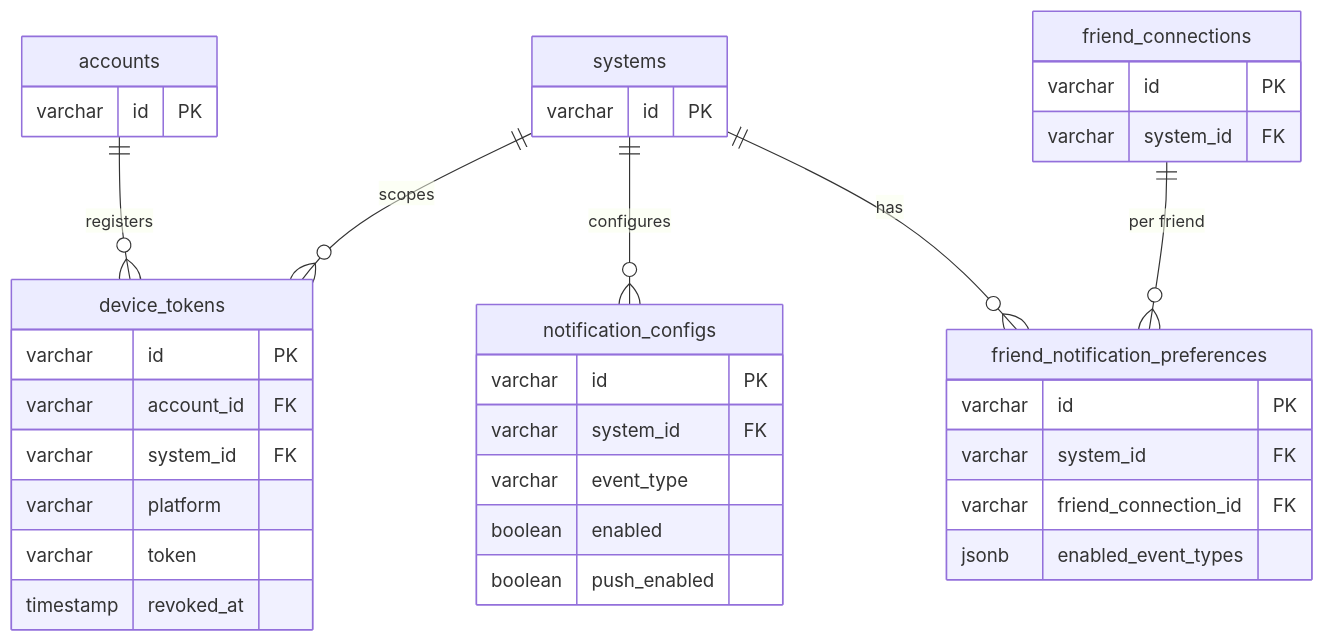
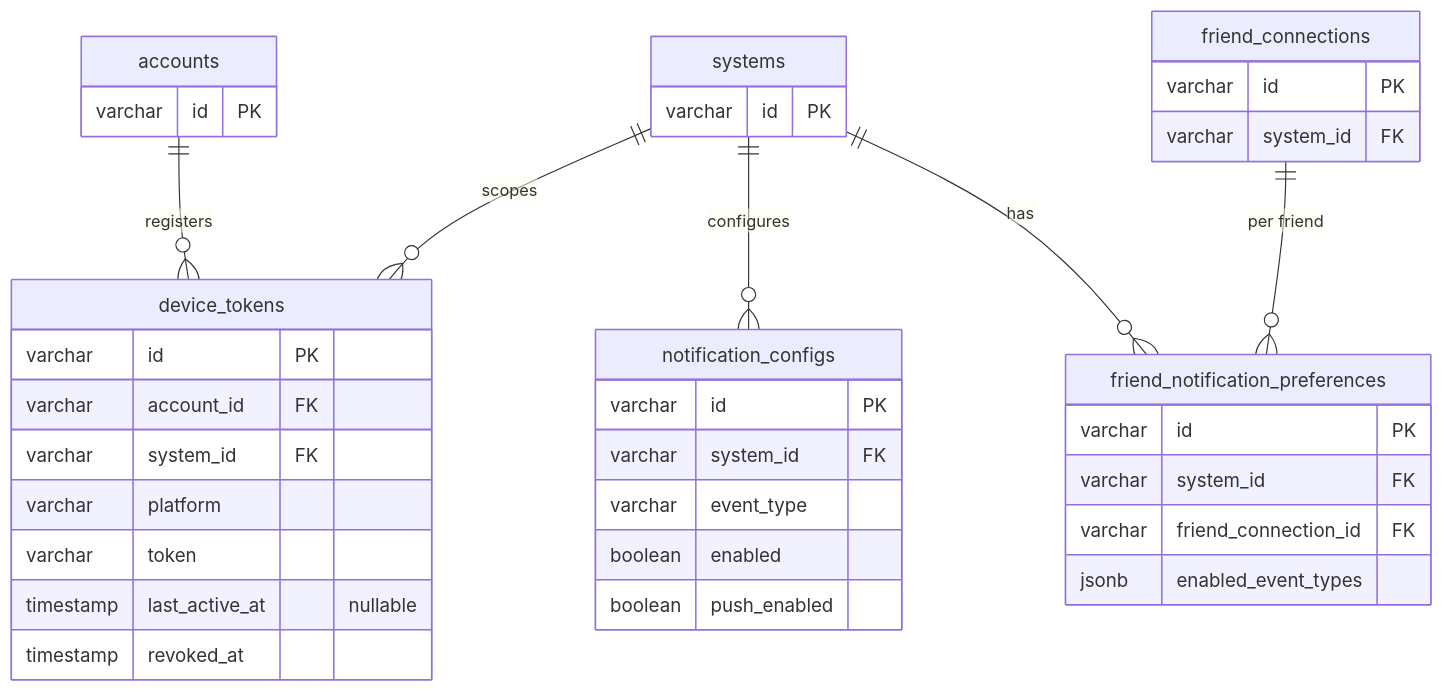
Diagram 13 of 20 in docs/database-schema.md (ThePrismSystem/pluralscape-mono), drawn with Mermaid before and after one commit. The commit also changed other lines of this file, not shown here.

Commit message:
docs(db): correct ER diagrams against actual PG schema

````diff
--- a/docs/database-schema.md
+++ b/docs/database-schema.md
@@ -721,45 +729,46 @@
 ```mermaid
 erDiagram
     accounts {
         varchar id PK
     }
 
     systems {
         varchar id PK
     }
 
     friend_connections {
         varchar id PK
         varchar system_id FK
     }
 
     device_tokens {
         varchar id PK
         varchar account_id FK
         varchar system_id FK
         varchar platform
         varchar token
+        timestamp last_active_at "nullable"
         timestamp revoked_at
     }
 
     notification_configs {
         varchar id PK
         varchar system_id FK
         varchar event_type
         boolean enabled
         boolean push_enabled
     }
 
     friend_notification_preferences {
         varchar id PK
         varchar system_id FK
         varchar friend_connection_id FK
         jsonb enabled_event_types
     }
 
     accounts ||--o{ device_tokens : "registers"
     systems ||--o{ device_tokens : "scopes"
     systems ||--o{ notification_configs : "configures"
     systems ||--o{ friend_notification_preferences : "has"
     friend_connections ||--o{ friend_notification_preferences : "per friend"
 ```
````
